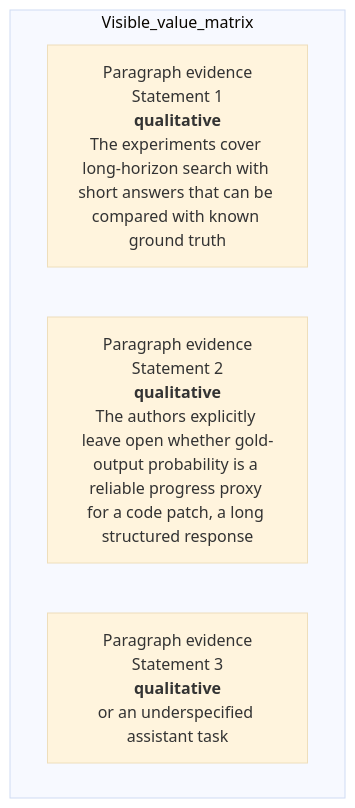
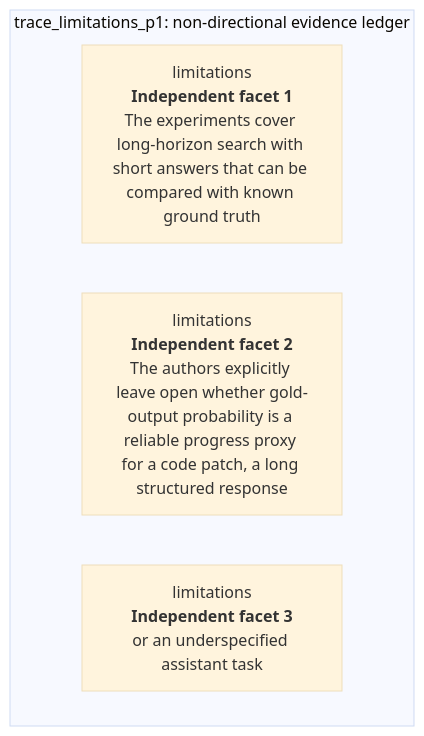
Before and after one commit to Betancourt1/paper_atlas: diagram 38 of 48 in docs/visual-manifests/VISUAL_MANIFEST_TRACE.md, drawn with Mermaid (base theme). The commit also changed other lines of this file and 7 other files, not shown here.

````diff
--- a/docs/visual-manifests/VISUAL_MANIFEST_TRACE.md
+++ b/docs/visual-manifests/VISUAL_MANIFEST_TRACE.md
@@ -3143,8 +3273,8 @@
 ```mermaid
 flowchart TB
-  subgraph Visible_value_matrix
-    r1["Paragraph evidence<br/>Statement 1<br/><b>qualitative</b><br/>The experiments cover long-horizon search with short answers that can be compared with known ground truth"]
-    r2["Paragraph evidence<br/>Statement 2<br/><b>qualitative</b><br/>The authors explicitly leave open whether gold-output probability is a reliable progress proxy for a code patch, a long structured response"]
-    r3["Paragraph evidence<br/>Statement 3<br/><b>qualitative</b><br/>or an underspecified assistant task"]
+  subgraph Ledger["trace_limitations_p1: non-directional evidence ledger"]
+    r1["limitations<br/><b>Independent facet 1</b><br/>The experiments cover long-horizon search with short answers that can be compared with known ground truth"]
+    r2["limitations<br/><b>Independent facet 2</b><br/>The authors explicitly leave open whether gold-output probability is a reliable progress proxy for a code patch, a long structured response"]
+    r3["limitations<br/><b>Independent facet 3</b><br/>or an underspecified assistant task"]
   end
 ```
````
